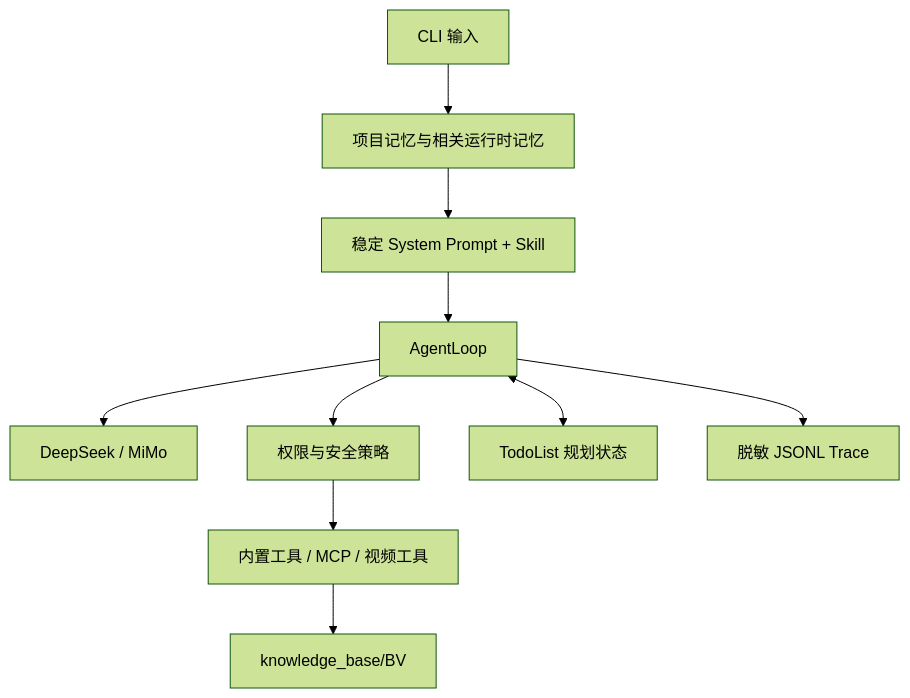
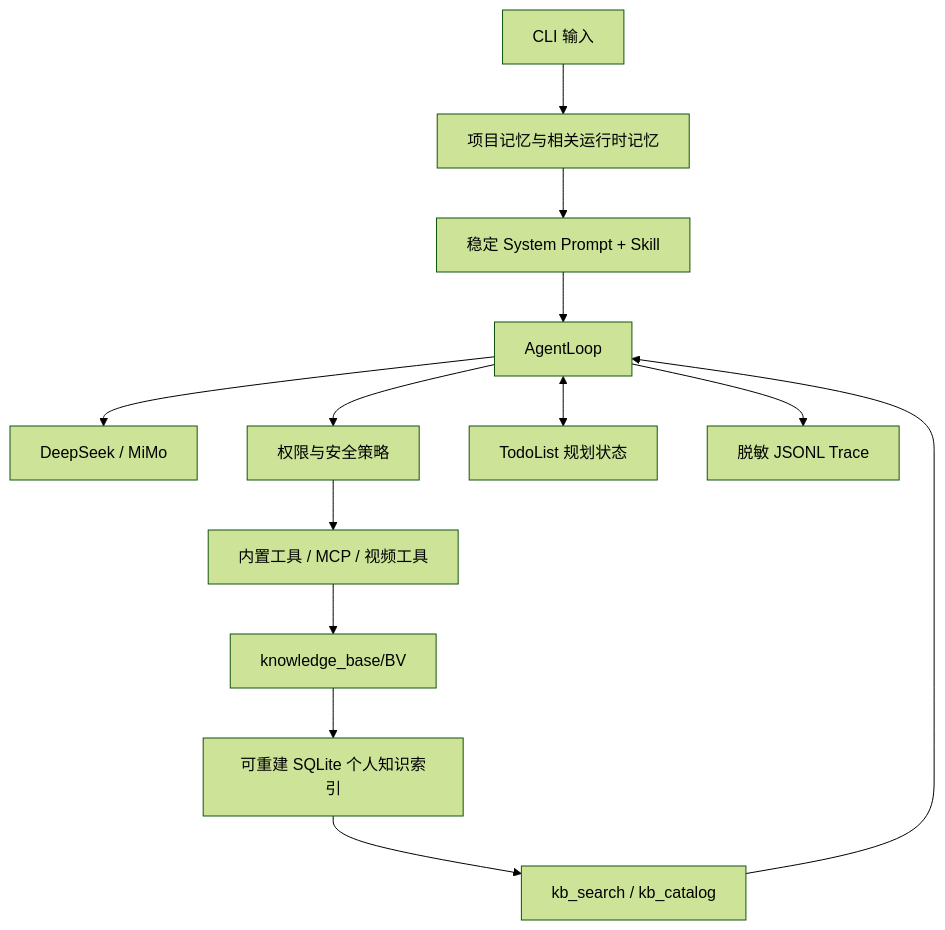
One commit to Imase0606/mini-openclaw changed the diagram in docs/architecture.md. Above: the diagram before and after it, drawn with Mermaid (forest theme). The commit also changed other lines of this file and 34 other files, not shown here.

````diff
--- a/docs/architecture.md
+++ b/docs/architecture.md
@@ -5,12 +5,15 @@
 ```mermaid
 flowchart TD
     CLI[CLI 输入] --> MEM[项目记忆与相关运行时记忆]
     MEM --> PROMPT[稳定 System Prompt + Skill]
     PROMPT --> LOOP[AgentLoop]
     LOOP --> LLM[DeepSeek / MiMo]
     LOOP --> POLICY[权限与安全策略]
     POLICY --> TOOLS[内置工具 / MCP / 视频工具]
     LOOP <--> TODO[TodoList 规划状态]
     LOOP --> TRACE[脱敏 JSONL Trace]
     TOOLS --> KB[knowledge_base/BV]
+    KB --> INDEX[可重建 SQLite 个人知识索引]
+    INDEX --> RAG[kb_search / kb_catalog]
+    RAG --> LOOP
 ```
````
